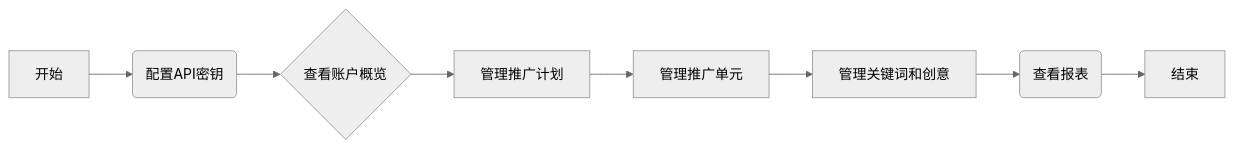
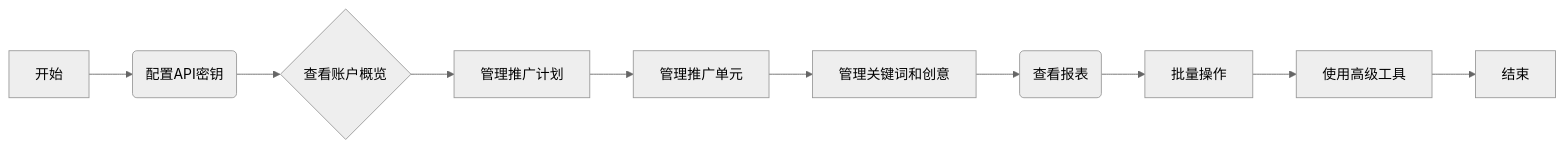
The third of 3 diagrams in README.md (Jas0nxlee/baiduapi), drawn with Mermaid (neutral theme) before and after one commit. The commit also changed other lines of this file, not shown here.

````diff
--- a/README.md
+++ b/README.md
@@ -47,10 +80,12 @@
 ```mermaid
 graph LR
     A[开始] --> B(配置API密钥);
     B --> C{查看账户概览};
     C --> D[管理推广计划];
     D --> E[管理推广单元];
     E --> F[管理关键词和创意];
     F --> G(查看报表);
-    G --> H[结束];
+    G --> H[批量操作];
+    H --> I[使用高级工具];
+    I --> J[结束];
 ```
````
